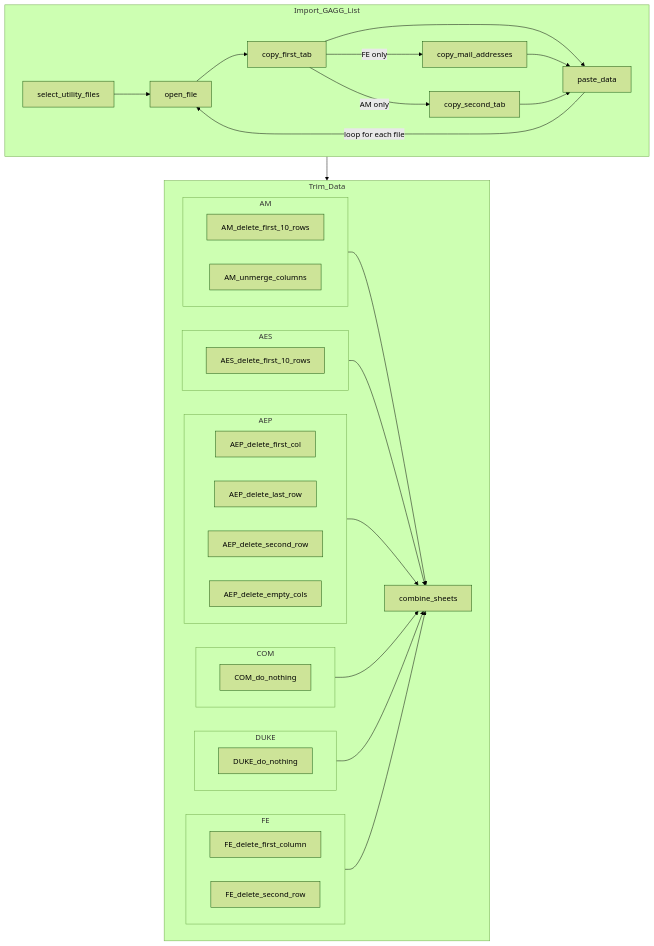
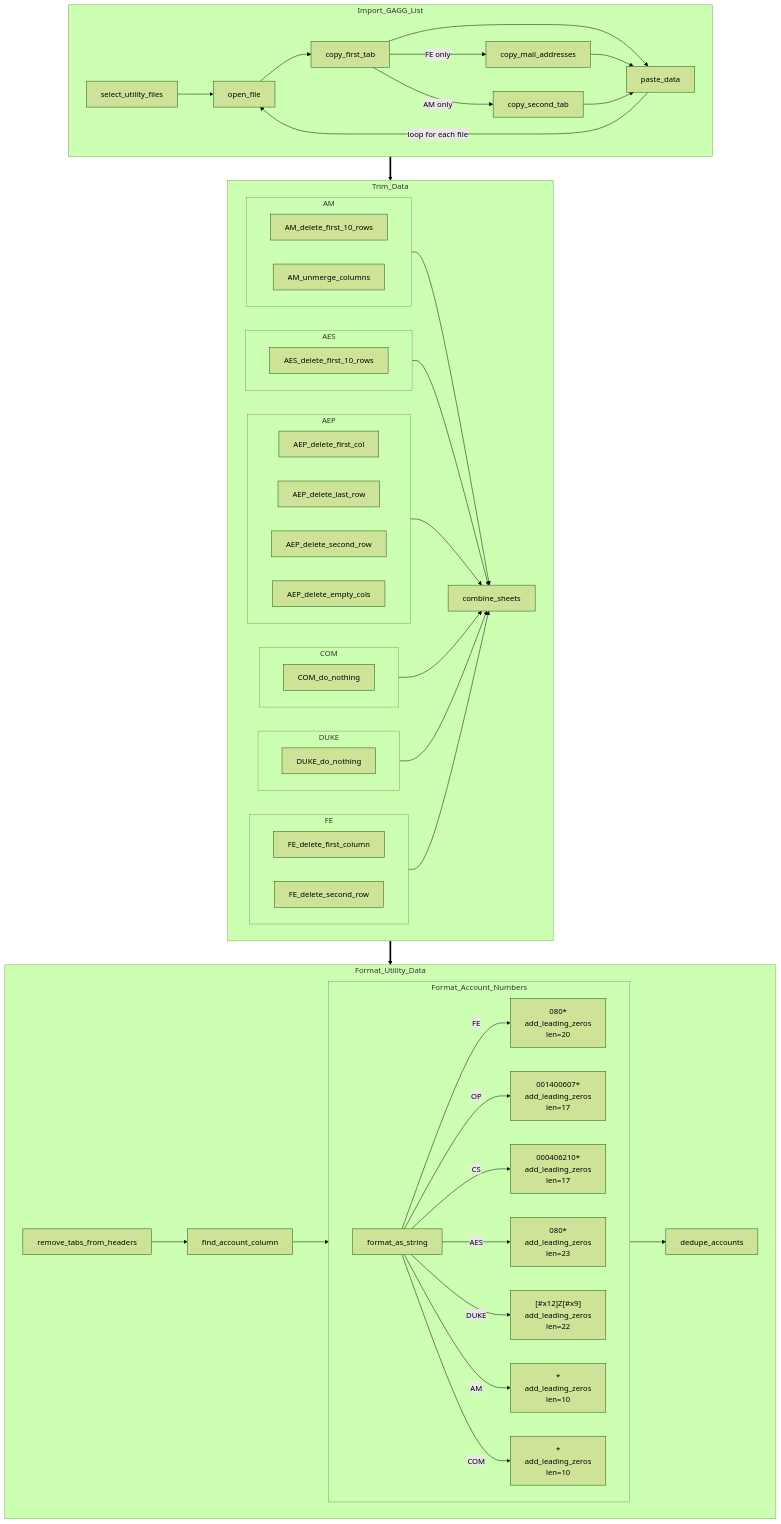
Before and after one commit to vistra-muniagg/List-Management-Tool: the second of 2 diagrams in DIAGRAMS.md, drawn with Mermaid (forest theme).

Commit message:
Enhance DIAGRAMS.md with formatting subgraphs
Added subgraphs for formatting account numbers and utility data.

````diff
--- a/DIAGRAMS.md
+++ b/DIAGRAMS.md
@@ -42,65 +42,85 @@
 ```mermaid
 
 graph TD
 
     subgraph Import_GAGG_List
     direction LR
         select_utility_files --> open_file
         open_file --> copy_first_tab
         copy_first_tab --> paste_data
         copy_first_tab -->|"FE only"| copy_mail_addresses
         copy_first_tab -->|"AM only"| copy_second_tab
         copy_mail_addresses --> paste_data
         copy_second_tab --> paste_data
         paste_data -->|"loop for each file"| open_file
     end
 
     subgraph Trim_Data
     direction LR
         AM-->combine_sheets
         AES-->combine_sheets
         AEP-->combine_sheets
         COM-->combine_sheets
         DUKE-->combine_sheets
         FE-->combine_sheets
     end
 
     subgraph AEP
     direction LR
         AEP_delete_first_col
         AEP_delete_last_row
         AEP_delete_second_row
         AEP_delete_empty_cols
     end
 
     subgraph AES
     direction LR
         AES_delete_first_10_rows
     end
 
     subgraph AM
     direction LR
         AM_delete_first_10_rows
         AM_unmerge_columns
     end
 
     subgraph COM
     direction LR
         COM_do_nothing
     end
 
     subgraph DUKE
     direction LR
         DUKE_do_nothing
     end
 
     subgraph FE
     direction LR
         FE_delete_first_column
         FE_delete_second_row
     end
 
-    Import_GAGG_List --> Trim_Data
-    
+    subgraph Format_Utility_Data
+    direction LR
+        remove_tabs_from_headers --> find_account_column
+        Format_Account_Numbers --> dedupe_accounts
+    end
+
+    subgraph Format_Account_Numbers
+    direction LR
+        format_as_string -->|"FE"| A["080*<br>add_leading_zeros<br>len=20"]
+        format_as_string -->|"OP"| B["001400607*<br>add_leading_zeros<br>len=17"]
+        format_as_string -->|"CS"| C["000406210*<br>add_leading_zeros<br>len=17"]
+        format_as_string -->|"AES"| D["080*<br>add_leading_zeros<br>len=23"]
+        format_as_string -->|"DUKE"| E["[#x12]Z[#x9]<br>add_leading_zeros<br>len=22"]
+        format_as_string -->|"AM"| F["*<br>add_leading_zeros<br>len=10"]
+        format_as_string -->|"COM"| G["*<br>add_leading_zeros<br>len=10"]
+    end
+
+    Import_GAGG_List ==> Trim_Data
+    Trim_Data ==> Format_Utility_Data
+    find_account_column --> format_as_string
+
+
 
 ```
````
